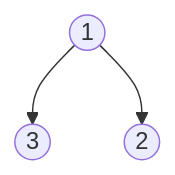
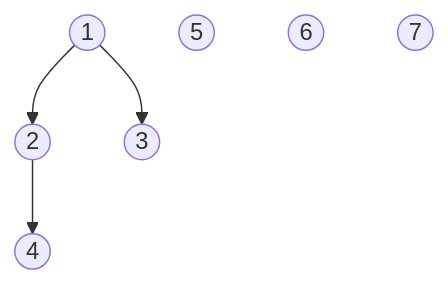
The diagram in terminale/Structures_arborescentes_de_données/Arbres_binaires.md (boddaert/nsi), drawn with Mermaid before and after one commit.

````diff
--- a/terminale/Structures_arborescentes_de_données/Arbres_binaires.md
+++ b/terminale/Structures_arborescentes_de_données/Arbres_binaires.md
@@ -15,8 +15,13 @@
 ```mermaid
 flowchart TB
     A((1))
     B((2))
     C((3))
+    D((4))
+    E((5))
+    F((6))
+    G((7))
     A --> C
     A --> B
+    B --> D
 ```
````
